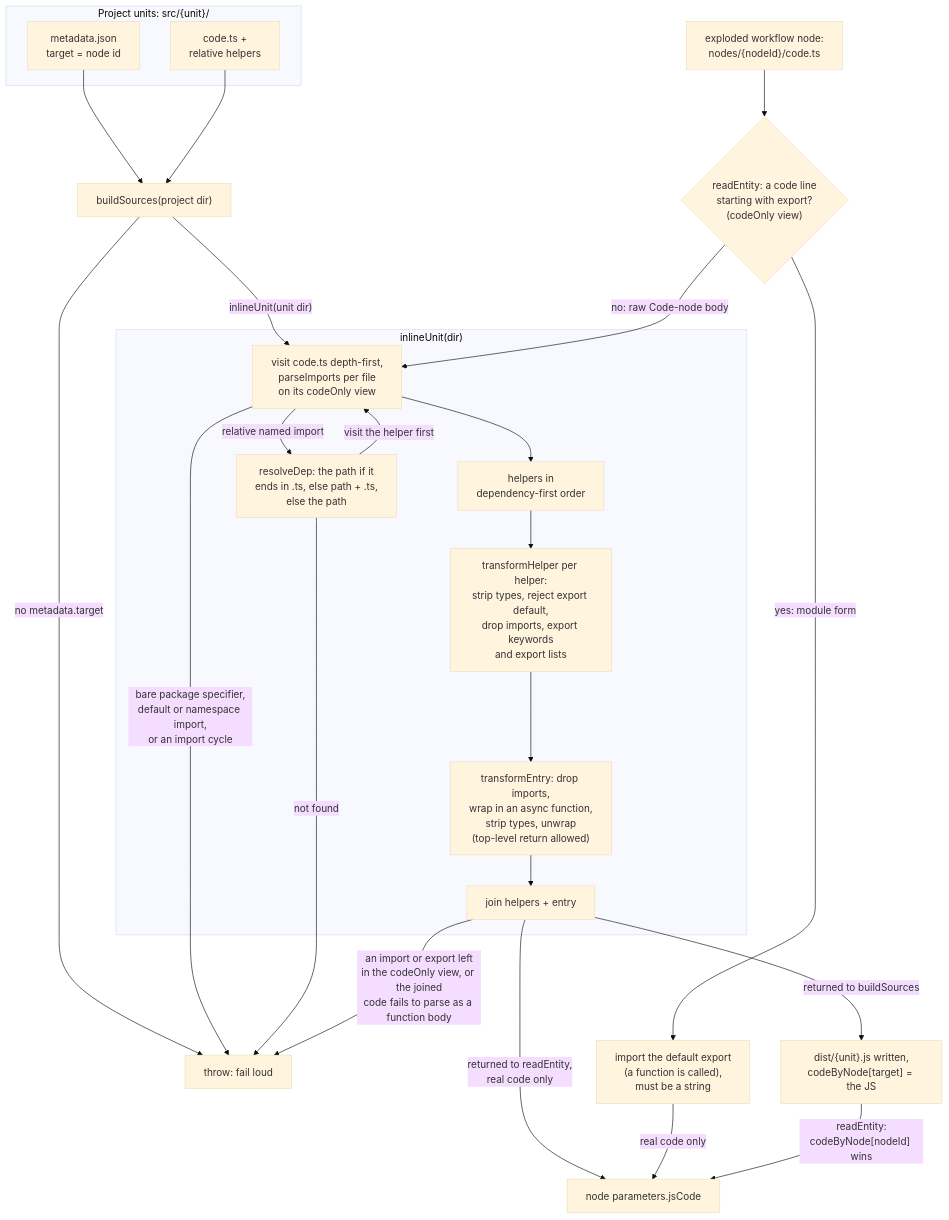
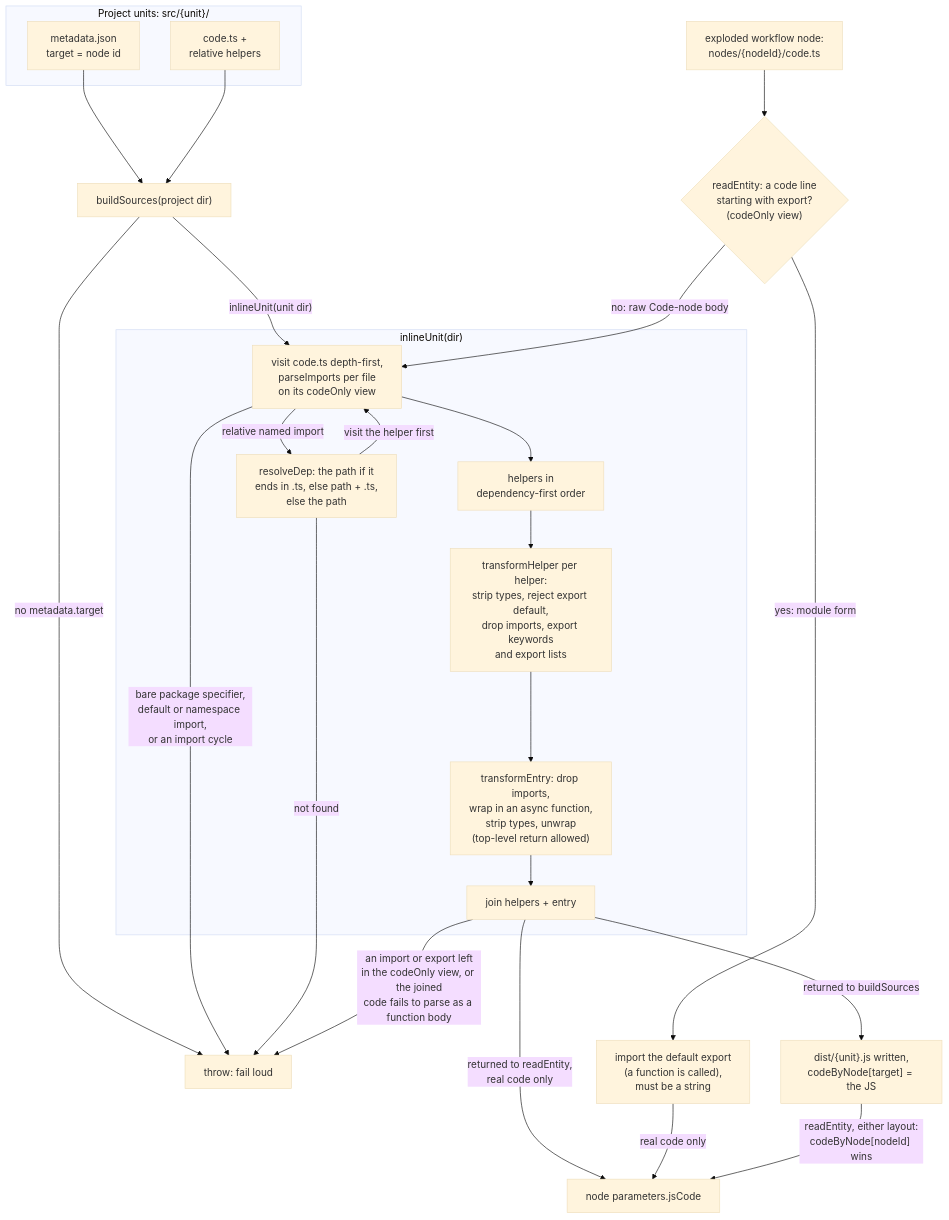
Diagram 11 of 15 in docs/ARCHITECTURE.md (nullseal/n8c), drawn with Mermaid (base theme) before and after one commit. The commit also changed other lines of this file and 17 other files, not shown here.

````diff
--- a/docs/ARCHITECTURE.md
+++ b/docs/ARCHITECTURE.md
@@ -669,31 +689,31 @@
 ```mermaid
 flowchart TD
     subgraph SRC["Project units: src/{unit}/"]
         UMETA["metadata.json<br/>target = node id"]
         UCODE["code.ts +<br/>relative helpers"]
     end
     NCODE["exploded workflow node:<br/>nodes/{nodeId}/code.ts"]
     UMETA --> BS["buildSources(project dir)"]
     UCODE --> BS
     BS -->|"no metadata.target"| THROW
     BS -->|"inlineUnit(unit dir)"| V
     NCODE --> FORM{"readEntity: a code line<br/>starting with export?<br/>(codeOnly view)"}
     FORM -->|"yes: module form"| MOD["import the default export<br/>(a function is called),<br/>must be a string"]
     FORM -->|"no: raw Code-node body"| V
     subgraph INLINE["inlineUnit(dir)"]
         V["visit code.ts depth-first,<br/>parseImports per file<br/>on its codeOnly view"]
         V -->|"relative named import"| RD["resolveDep: the path if it<br/>ends in .ts, else path + .ts,<br/>else the path"]
         RD -->|"visit the helper first"| V
         V --> ORD["helpers in<br/>dependency-first order"]
         ORD --> TH["transformHelper per helper:<br/>strip types, reject export default,<br/>drop imports, export keywords<br/>and export lists"]
         TH --> TE["transformEntry: drop imports,<br/>wrap in an async function,<br/>strip types, unwrap<br/>(top-level return allowed)"]
         TE --> JOIN["join helpers + entry"]
     end
     V -->|"bare package specifier,<br/>default or namespace import,<br/>or an import cycle"| THROW["throw: fail loud"]
     RD -->|"not found"| THROW
     JOIN -->|"an import or export left<br/>in the codeOnly view, or the joined<br/>code fails to parse as a function body"| THROW
     JOIN -->|"returned to buildSources"| BOUT["dist/{unit}.js written,<br/>codeByNode[target] = the JS"]
     JOIN -->|"returned to readEntity,<br/>real code only"| PARAM["node parameters.jsCode"]
     MOD -->|"real code only"| PARAM
-    BOUT -->|"readEntity:<br/>codeByNode[nodeId] wins"| PARAM
+    BOUT -->|"readEntity, either layout:<br/>codeByNode[nodeId] wins"| PARAM
 ```
````
